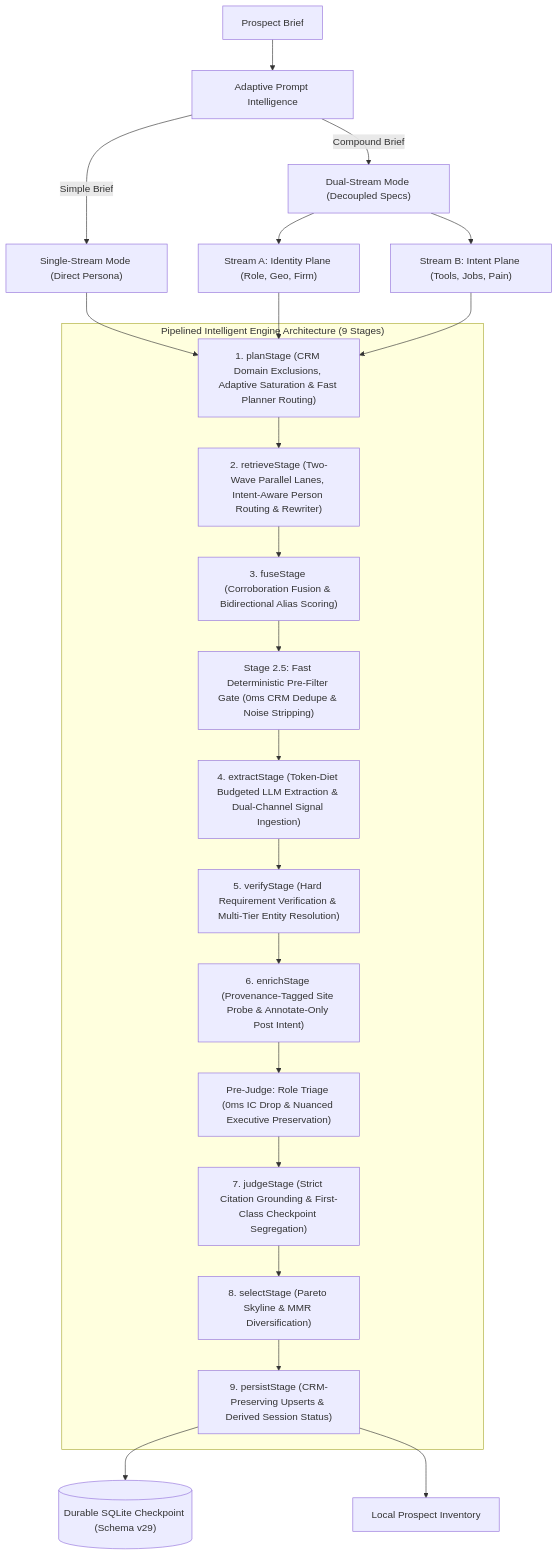
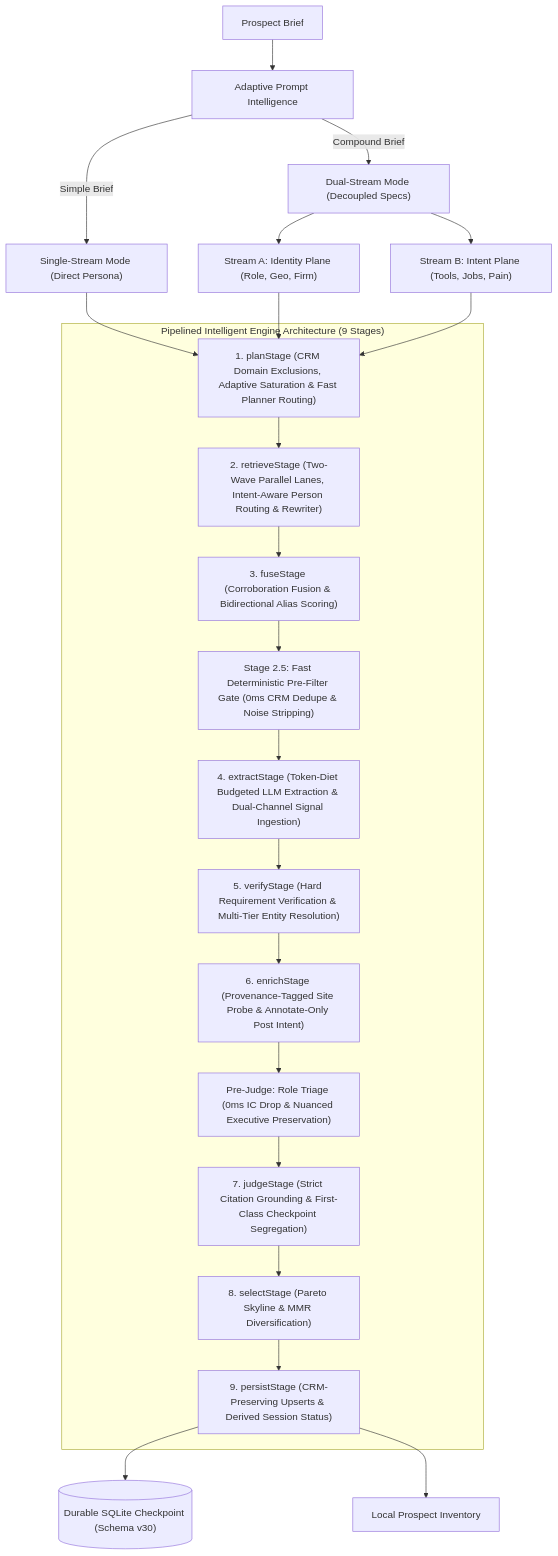
The first of 2 diagrams in README.md (AliasHolmes/Apex-CRM), drawn with Mermaid before and after one commit. The commit also changed other lines of this file and 4 other files, not shown here.

Commit message:
feat(telemetry): wire prompt versioning and token summaries into pipeline stages (Schema v30)

````diff
--- a/README.md
+++ b/README.md
@@ -45,31 +45,31 @@
 ```mermaid
 flowchart TD
     Brief["Prospect Brief"] --> Classifier["Adaptive Prompt Intelligence"]
     Classifier -->|Simple Brief| StreamIdentity["Single-Stream Mode (Direct Persona)"]
     Classifier -->|Compound Brief| StreamDual["Dual-Stream Mode (Decoupled Specs)"]
     StreamDual --> StreamA["Stream A: Identity Plane (Role, Geo, Firm)"]
     StreamDual --> StreamB["Stream B: Intent Plane (Tools, Jobs, Pain)"]
 
     subgraph Stages ["Pipelined Intelligent Engine Architecture (9 Stages)"]
         Plan["1. planStage (CRM Domain Exclusions, Adaptive Saturation & Fast Planner Routing)"]
         Retrieve["2. retrieveStage (Two-Wave Parallel Lanes, Intent-Aware Person Routing & Rewriter)"]
         Fuse["3. fuseStage (Corroboration Fusion & Bidirectional Alias Scoring)"]
         PreFilter["Stage 2.5: Fast Deterministic Pre-Filter Gate (0ms CRM Dedupe & Noise Stripping)"]
         Extract["4. extractStage (Token-Diet Budgeted LLM Extraction & Dual-Channel Signal Ingestion)"]
         Verify["5. verifyStage (Hard Requirement Verification & Multi-Tier Entity Resolution)"]
         Enrich["6. enrichStage (Provenance-Tagged Site Probe & Annotate-Only Post Intent)"]
         PreJudge["Pre-Judge: Role Triage (0ms IC Drop & Nuanced Executive Preservation)"]
         Judge["7. judgeStage (Strict Citation Grounding & First-Class Checkpoint Segregation)"]
         Select["8. selectStage (Pareto Skyline & MMR Diversification)"]
         Persist["9. persistStage (CRM-Preserving Upserts & Derived Session Status)"]
 
         Plan --> Retrieve --> Fuse --> PreFilter --> Extract --> Verify --> Enrich --> PreJudge --> Judge --> Select --> Persist
     end
 
     StreamIdentity --> Plan
     StreamA --> Plan
     StreamB --> Plan
 
-    Persist --> Checkpoint[("Durable SQLite Checkpoint (Schema v29)")]
+    Persist --> Checkpoint[("Durable SQLite Checkpoint (Schema v30)")]
     Persist --> Inventory["Local Prospect Inventory"]
 ```
````
